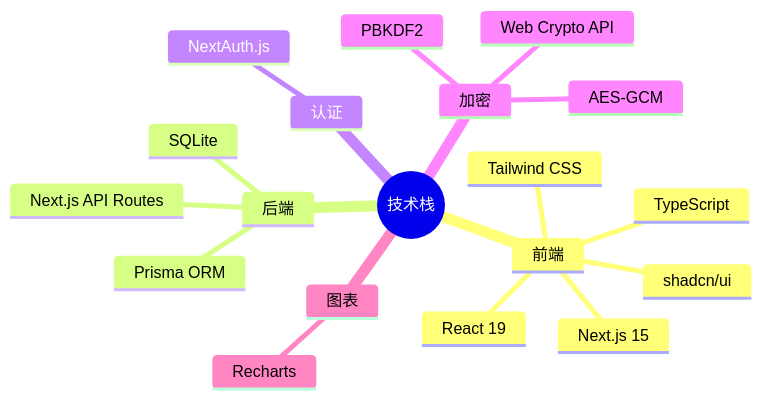
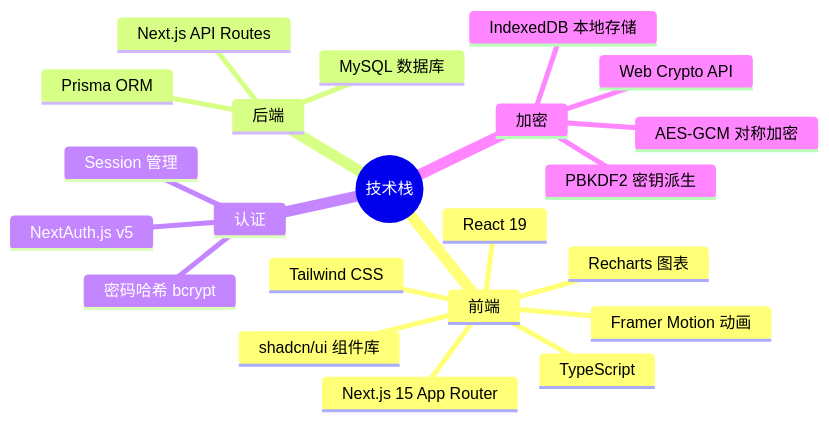
One commit to Echo253/Graduate-self-management-records changed the sixth of 9 diagrams in README.md. Above: the diagram before and after it, drawn with Mermaid. The commit also changed other lines of this file, not shown here.

Commit message:
docs: 完善 README 文档，添加详细功能说明和图表

````diff
--- a/README.md
+++ b/README.md
@@ -54,22 +190,25 @@
 ```mermaid
 mindmap
   root((技术栈))
     前端
-      Next.js 15
+      Next.js 15 App Router
       React 19
       TypeScript
       Tailwind CSS
-      shadcn/ui
+      shadcn/ui 组件库
+      Framer Motion 动画
+      Recharts 图表
     后端
       Next.js API Routes
       Prisma ORM
-      SQLite
+      MySQL 数据库
     认证
-      NextAuth.js
+      NextAuth.js v5
+      密码哈希 bcrypt
+      Session 管理
     加密
       Web Crypto API
-      PBKDF2
-      AES-GCM
-    图表
-      Recharts
+      PBKDF2 密钥派生
+      AES-GCM 对称加密
+      IndexedDB 本地存储
 ```
````
